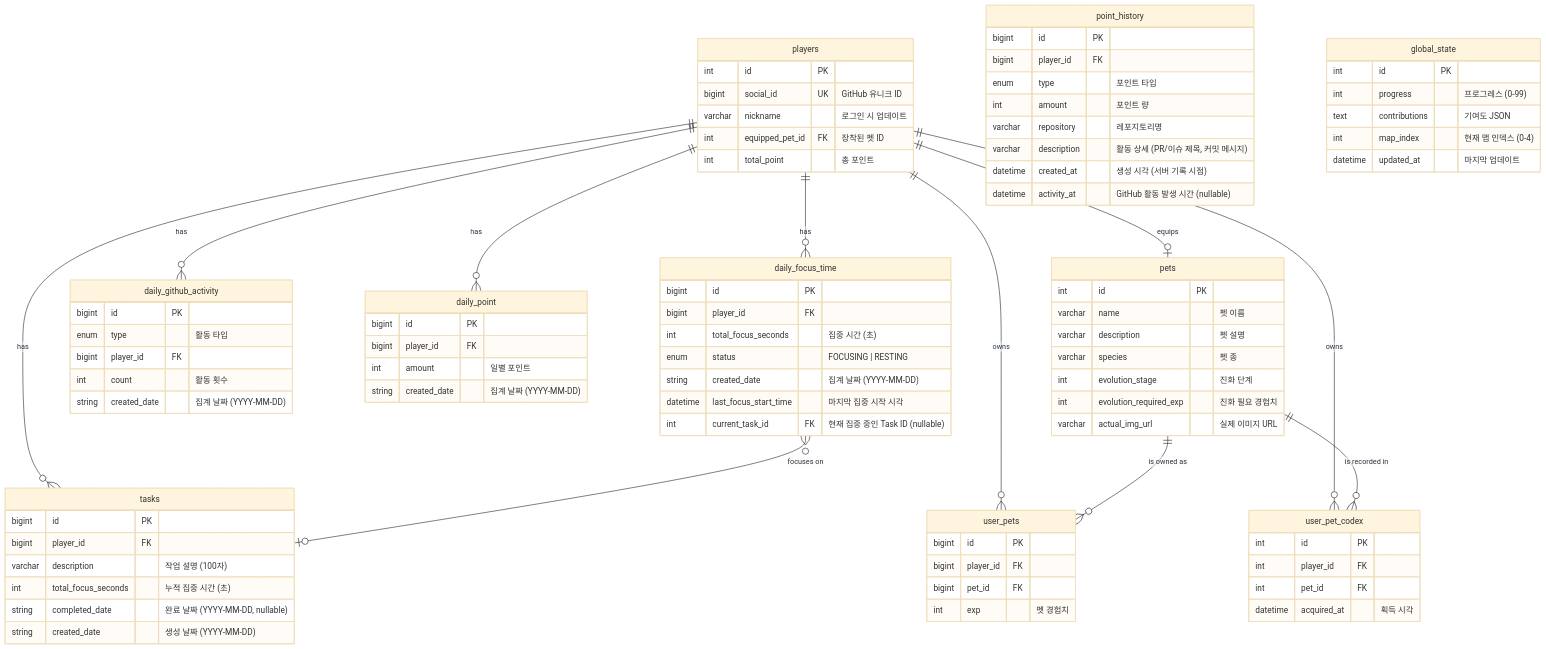
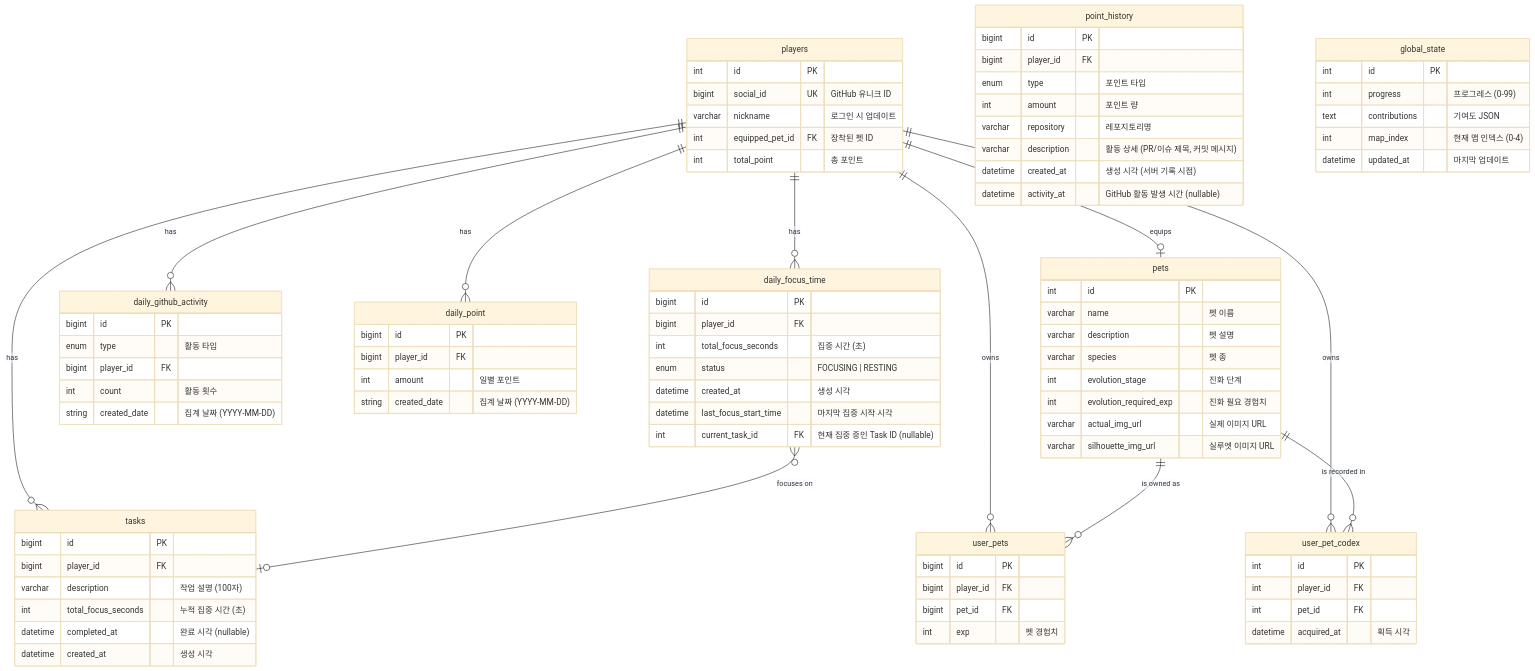
One commit to boostcampwm2025/web19-estrogenquattro changed the diagram in docs/guides/ERD.md. Above: the diagram before and after it, drawn with Mermaid (base theme). The commit also changed other lines of this file and 6 other files, not shown here.

First line of the commit message:
docs: 문서 동기화 (ERD, API, 아키텍처)

```diff
--- a/docs/guides/ERD.md
+++ b/docs/guides/ERD.md
@@ -34,8 +34,8 @@
         bigint player_id FK
         varchar description "작업 설명 (100자)"
         int total_focus_seconds "누적 집중 시간 (초)"
-        string completed_date "완료 날짜 (YYYY-MM-DD, nullable)"
-        string created_date "생성 날짜 (YYYY-MM-DD)"
+        datetime completed_at "완료 시각 (nullable)"
+        datetime created_at "생성 시각"
     }
 
     daily_focus_time {
@@ -43,7 +43,7 @@
         bigint player_id FK
         int total_focus_seconds "집중 시간 (초)"
         enum status "FOCUSING | RESTING"
-        string created_date "집계 날짜 (YYYY-MM-DD)"
+        datetime created_at "생성 시각"
         datetime last_focus_start_time "마지막 집중 시작 시각"
         int current_task_id FK "현재 집중 중인 Task ID (nullable)"
     }
@@ -56,6 +56,7 @@
         int evolution_stage "진화 단계"
         int evolution_required_exp "진화 필요 경험치"
         varchar actual_img_url "실제 이미지 URL"
+        varchar silhouette_img_url "실루엣 이미지 URL"
     }
 
     user_pets {
```
